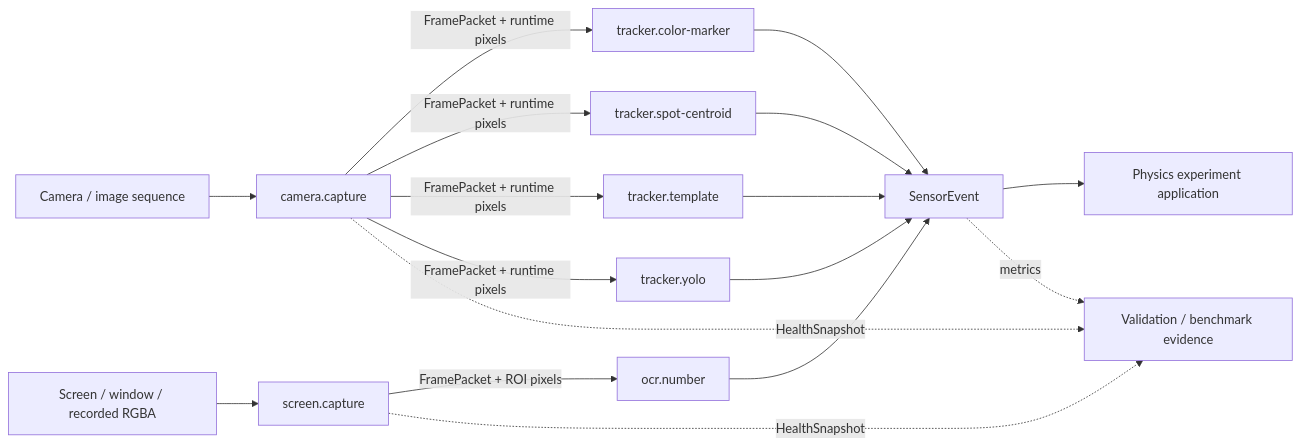
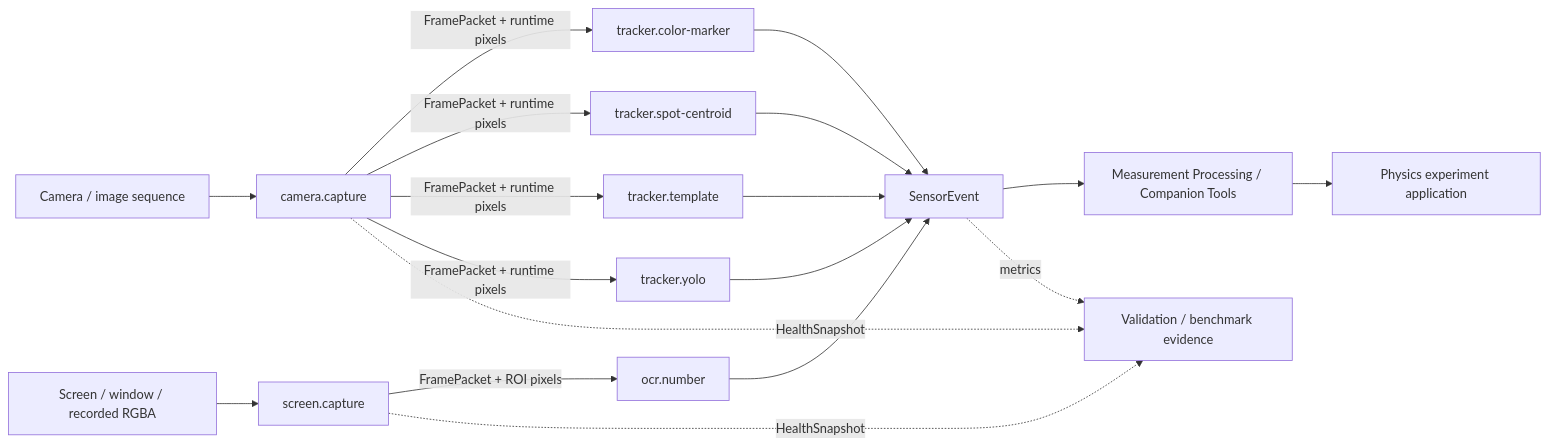
The diagram in docs/architecture.md (WUHAO19831214/physics-software-sensors), drawn with Mermaid before and after one commit. The commit also changed other lines of this file and 60 other files, not shown here.

````diff
--- a/docs/architecture.md
+++ b/docs/architecture.md
@@ -7,19 +7,20 @@
 ```mermaid
 flowchart LR
     Camera["Camera / image sequence"] --> CameraSource["camera.capture"]
     Display["Screen / window / recorded RGBA"] --> ScreenSource["screen.capture"]
     CameraSource -->|FramePacket + runtime pixels| Color["tracker.color-marker"]
     CameraSource -->|FramePacket + runtime pixels| Spot["tracker.spot-centroid"]
     CameraSource -->|FramePacket + runtime pixels| Template["tracker.template"]
     CameraSource -->|FramePacket + runtime pixels| Yolo["tracker.yolo"]
     ScreenSource -->|FramePacket + ROI pixels| OCR["ocr.number"]
     Color --> Events["SensorEvent"]
     Spot --> Events
     Template --> Events
     Yolo --> Events
     OCR --> Events
-    Events --> Experiment["Physics experiment application"]
+    Events --> Processing["Measurement Processing / Companion Tools"]
+    Processing --> Experiment["Physics experiment application"]
     CameraSource -. HealthSnapshot .-> Evidence["Validation / benchmark evidence"]
     ScreenSource -. HealthSnapshot .-> Evidence
     Events -. metrics .-> Evidence
 ```
````
